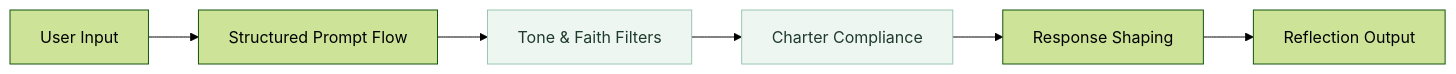
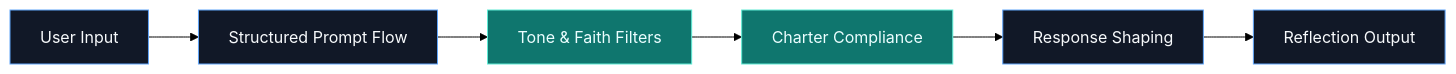
One commit to byteworthy/Qamar changed the second of 3 diagrams in README.md. Above: the diagram before and after it, drawn with Mermaid (forest theme). The commit also changed other lines of this file, not shown here.

````diff
--- a/README.md
+++ b/README.md
@@ -74,11 +82,13 @@
 ```mermaid
 flowchart LR
   U[User Input] --> P[Structured Prompt Flow]
   P --> T[Tone & Faith Filters]
   T --> C[Charter Compliance]
   C --> R[Response Shaping]
   R --> O[Reflection Output]
 
-  classDef guard fill:#eef6f1,stroke:#9ac6b1,color:#1f3b2c;
+  classDef guard fill:#0f766e,stroke:#5eead4,color:#ecfeff;
+  classDef base fill:#111827,stroke:#60a5fa,color:#f8fafc;
+  class U,P,R,O base;
   class T,C guard;
 ```
````
